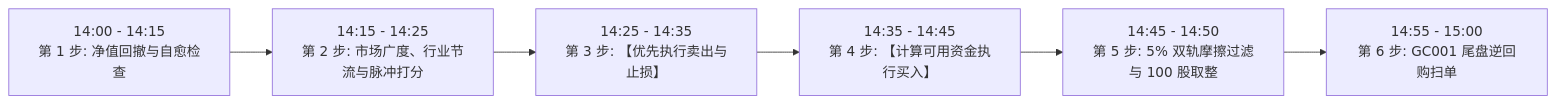
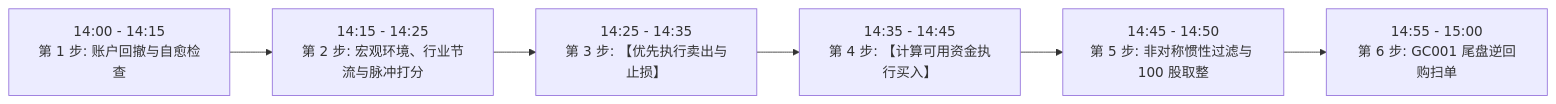
Before and after one commit to stonewell/quant_research: the second of 2 diagrams in docs/ruleset/chan_dual_hybrid_blend/rules_cn.md, drawn with Mermaid. The commit also changed other lines of this file and 14 other files, not shown here.

````diff
--- a/docs/ruleset/chan_dual_hybrid_blend/rules_cn.md
+++ b/docs/ruleset/chan_dual_hybrid_blend/rules_cn.md
@@ -80,8 +82,8 @@
 ```mermaid
 flowchart LR
-    T1["14:00 - 14:15\n第 1 步: 净值回撤与自愈检查"] --> T2["14:15 - 14:25\n第 2 步: 市场广度、行业节流与脉冲打分"]
+    T1["14:00 - 14:15\n第 1 步: 账户回撤与自愈检查"] --> T2["14:15 - 14:25\n第 2 步: 宏观环境、行业节流与脉冲打分"]
     T2 --> T3["14:25 - 14:35\n第 3 步: 【优先执行卖出与止损】"]
     T3 --> T4["14:35 - 14:45\n第 4 步: 【计算可用资金执行买入】"]
-    T4 --> T5["14:45 - 14:50\n第 5 步: 5% 双轨摩擦过滤与 100 股取整"]
+    T4 --> T5["14:45 - 14:50\n第 5 步: 非对称惯性过滤与 100 股取整"]
     T5 --> T6["14:55 - 15:00\n第 6 步: GC001 尾盘逆回购扫单"]
 ```
````
